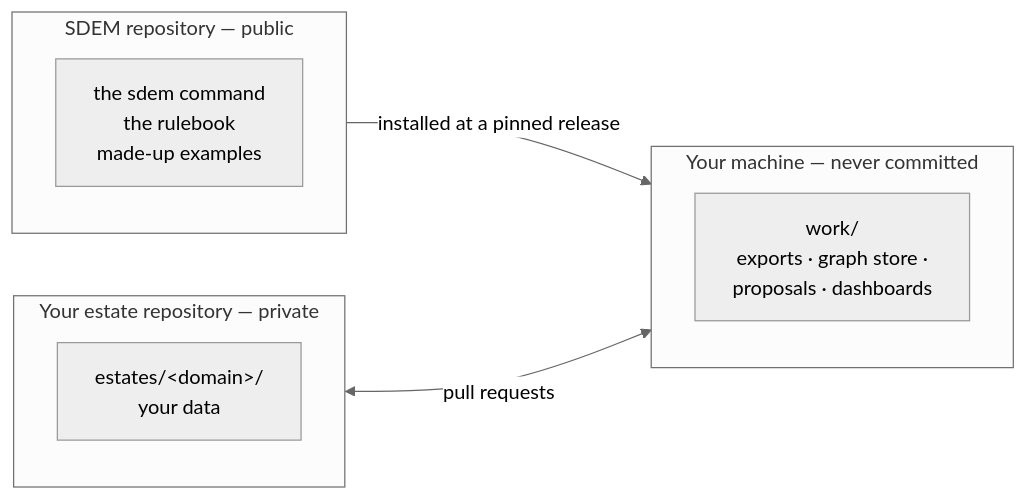
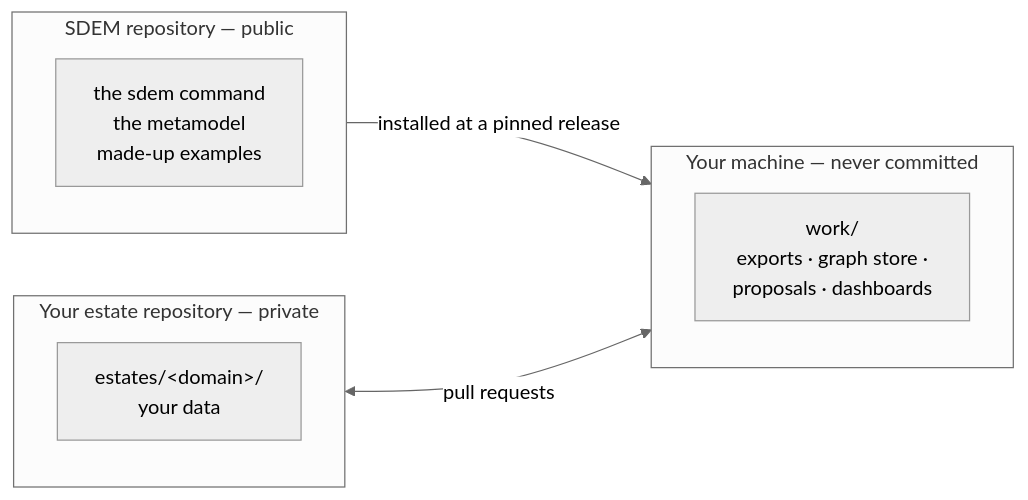
One commit to taumoeps/bian-sdem-framework changed the second of 3 diagrams in docs/sdem-architecture.md. Above: the diagram before and after it, drawn with Mermaid (neutral theme). The commit also changed other lines of this file and 71 other files, not shown here.

Commit message:
One name: metamodel — "rulebook" removed from documents, messages, help and code comments; files renamed (docs/sdem-metamodel-guide.md, docs/design/sdem-metamodel-versioning.md, tests/test_engine_metamodel.py); no data, command or option changes; historical records keep their original words

````diff
--- a/docs/sdem-architecture.md
+++ b/docs/sdem-architecture.md
@@ -56,14 +56,14 @@
 ```mermaid
 flowchart LR
     subgraph PUB["SDEM repository — public"]
-        P1["the sdem command<br/>the rulebook<br/>made-up examples"]
+        P1["the sdem command<br/>the metamodel<br/>made-up examples"]
     end
     subgraph PRIV["Your estate repository — private"]
         E1["estates/&lt;domain&gt;/<br/>your data"]
     end
     subgraph LOCAL["Your machine — never committed"]
         W1["work/<br/>exports · graph store ·<br/>proposals · dashboards"]
     end
     PUB -- "installed at a pinned release" --> LOCAL
     PRIV <-- "pull requests" --> LOCAL
 ```
````
